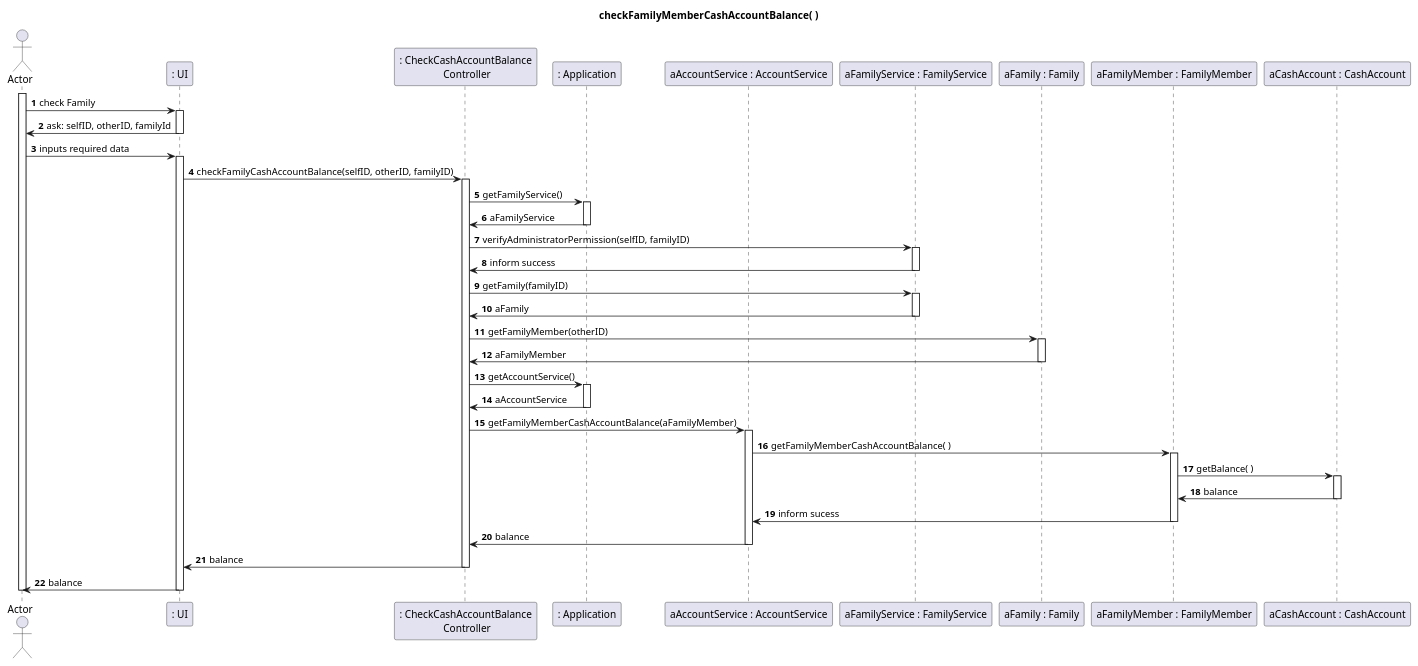
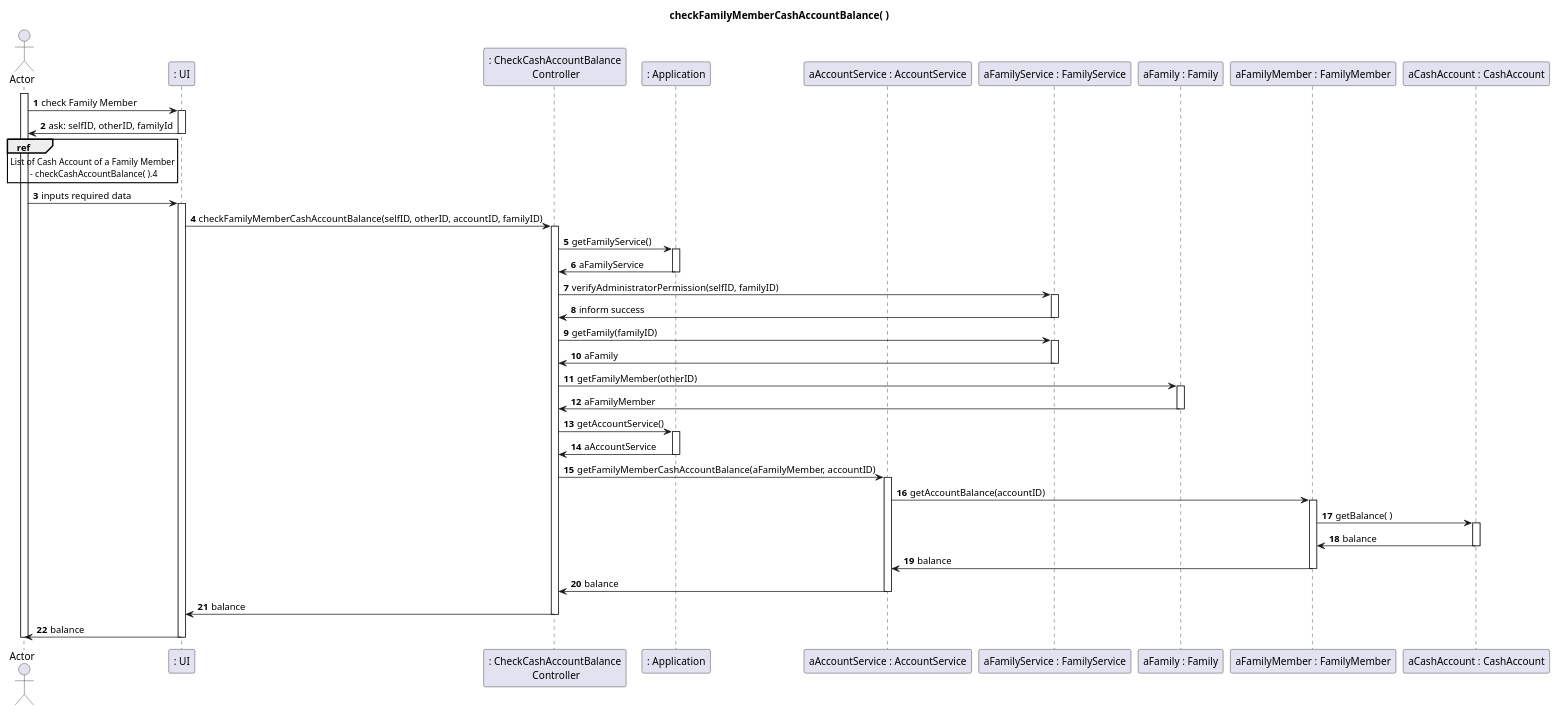
The fifth of 6 diagrams in docs/sprint2/user_stories/US135_CheckFamilyOrFamilyMemberCashAccountBalance.md (tomas-osswald/switch_2020_g3), drawn with PlantUML before and after one commit. The commit also changed other lines of this file, not shown here.

Commit message:
added a new SD for getListOfCashAccountOfAFamilyMember

````diff
--- a/docs/sprint2/user_stories/US135_CheckFamilyOrFamilyMemberCashAccountBalance.md
+++ b/docs/sprint2/user_stories/US135_CheckFamilyOrFamilyMemberCashAccountBalance.md
@@ -190,72 +191,74 @@
 ```puml
 autonumber 1
 title checkFamilyMemberCashAccountBalance( )
 actor "Actor" as actor
 participant ": UI" as UI
 participant ": CheckCashAccountBalance\n Controller" as controller
 participant ": Application" as app
 participant "aAccountService : AccountService" as aserv
 participant "aFamilyService : FamilyService" as fserv
 participant "aFamily : Family" as family
 participant "aFamilyMember : FamilyMember" as familyMember
 participant "aCashAccount : CashAccount" as cash
 
 activate actor
-actor -> UI : check Family
+actor -> UI : check Family Member
 activate UI
 UI -> actor : ask: selfID, otherID, familyId
 deactivate UI
 
+ref over actor : List of Cash Account of a Family Member\n - checkCashAccountBalance( ).4
+
 actor -> UI : inputs required data
 activate UI
-UI -> controller : checkFamilyCashAccountBalance(selfID, otherID, familyID)
+UI -> controller : checkFamilyMemberCashAccountBalance(selfID, otherID, accountID, familyID)
 
 activate controller
 controller -> app : getFamilyService()
 activate app
 app -> controller : aFamilyService
 deactivate app
 
 controller -> fserv : verifyAdministratorPermission(selfID, familyID)
 activate fserv
 fserv -> controller : inform success
 deactivate fserv
 
 controller -> fserv : getFamily(familyID)
 activate fserv
 fserv -> controller : aFamily
 deactivate fserv
 
 controller -> family : getFamilyMember(otherID)
 activate family
 family -> controller : aFamilyMember
 deactivate family
 
 controller -> app : getAccountService()
 activate app
 controller <- app : aAccountService
 deactivate app
 
-controller -> aserv : getFamilyMemberCashAccountBalance(aFamilyMember)
+controller -> aserv : getFamilyMemberCashAccountBalance(aFamilyMember, accountID)
 activate aserv
-aserv -> familyMember : getFamilyMemberCashAccountBalance( )
+aserv -> familyMember : getAccountBalance(accountID)
 
 activate familyMember
 familyMember -> cash : getBalance( )
 activate cash
 cash -> familyMember : balance
 deactivate cash
 
-familyMember -> aserv : inform sucess
+familyMember -> aserv : balance
 deactivate familyMember
 deactivate familyMember
 aserv -> controller : balance
 deactivate aserv
 
 controller -> UI : balance
 deactivate controller
 
 UI -> actor : balance
 deactivate UI
 deactivate actor
 ```
````
